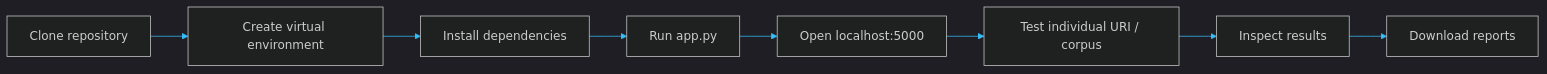
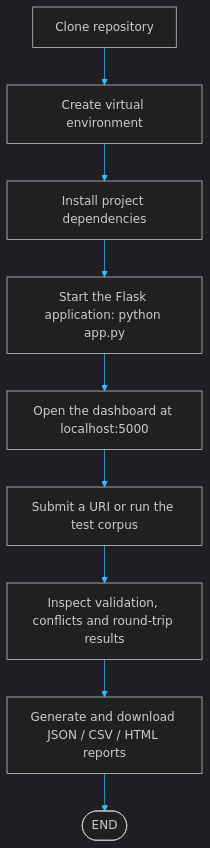
One commit to aiori-hackathon/A3-PS026-TC073 changed diagram 14 of 15 in README.md. Above: the diagram before and after it, drawn with Mermaid. The commit also changed other lines of this file, not shown here.

````diff
--- a/README.md
+++ b/README.md
@@ -1453,11 +1463,13 @@
 ```mermaid
 %%{init: {'theme':'dark','themeVariables': {'darkMode': true,'background':'#07111F','primaryColor':'#102A43','primaryTextColor':'#E6F6FF','primaryBorderColor':'#22D3EE','lineColor':'#38BDF8','secondaryColor':'#0B2238','tertiaryColor':'#123B63','fontFamily':'ui-monospace, SFMono-Regular, Consolas, monospace'}}}%%
-flowchart LR
+flowchart TB
     A["Clone repository"] --> B["Create virtual environment"]
-    B --> C["Install dependencies"]
-    C --> D["Run app.py"]
-    D --> E["Open localhost:5000"]
-    E --> F["Test individual URI / corpus"]
-    F --> G["Inspect results"]
-    G --> H["Download reports"]
+    B --> C["Install project dependencies"]
+    C --> D["Start the Flask application: python app.py"]
+    D --> E["Open the dashboard at localhost:5000"]
+    E --> F["Submit a URI or run the test corpus"]
+    F --> G["Inspect validation, conflicts and round-trip results"]
+    G --> H["Generate and download JSON / CSV / HTML reports"]
+    H --> I(["END"])
+
 ```
````
